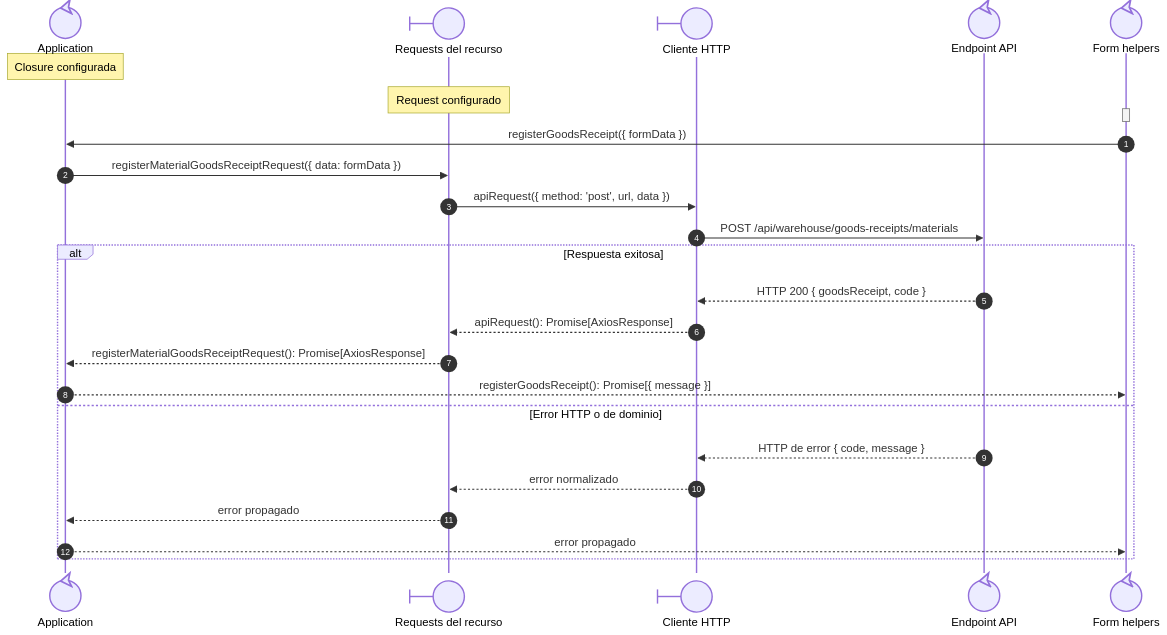
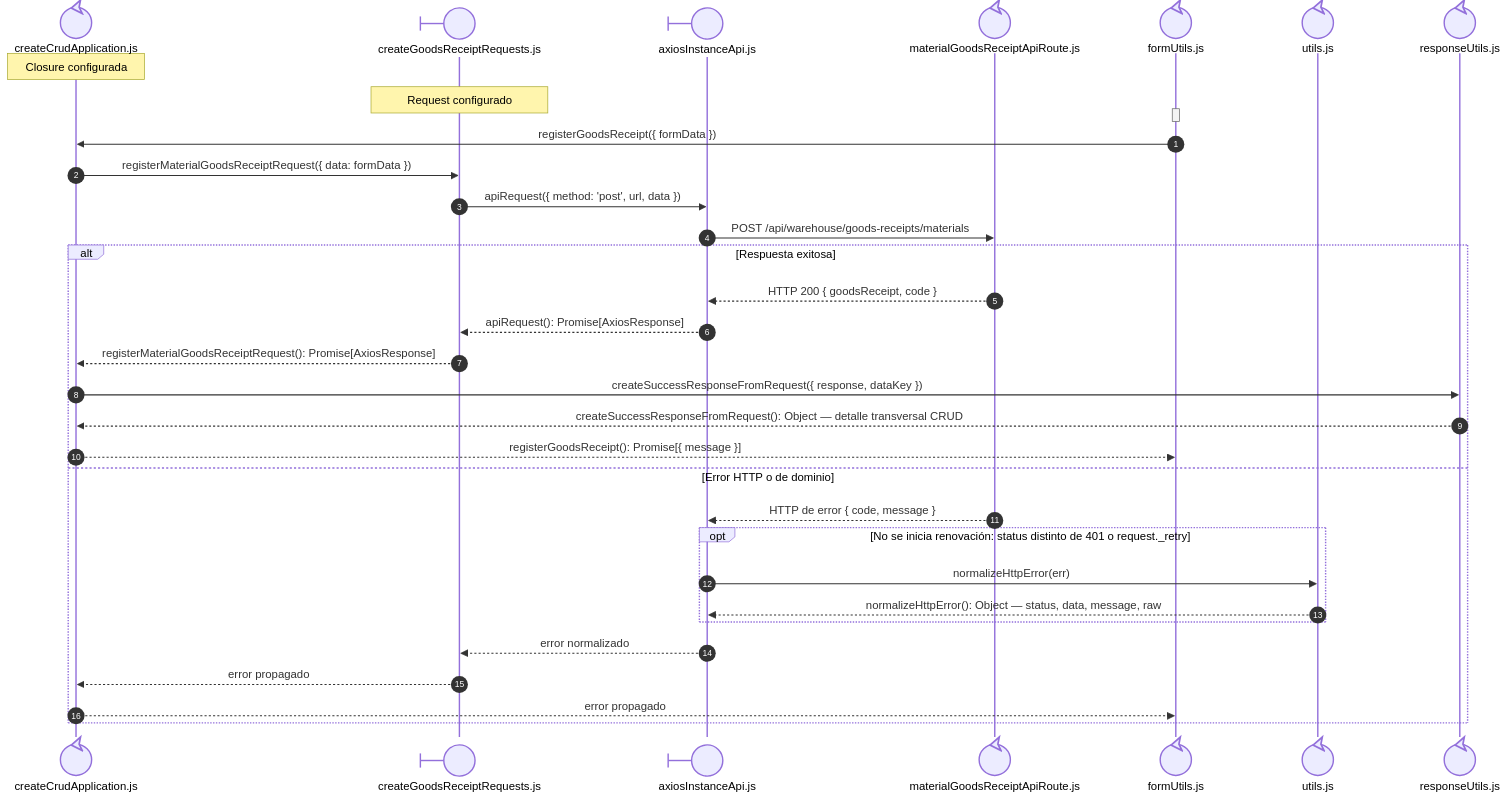
The third of 3 diagrams in docs/architecture/views/processes/frontend-code-sequences/purchases/cu-ent-02.md (gpgsistemas01/nexus), drawn with Mermaid before and after one commit. The commit also changed other lines of this file and 192 other files, not shown here.

Commit message:
docs: make sequence file ownership explicit and align code flows

````diff
--- a/docs/architecture/views/processes/frontend-code-sequences/purchases/cu-ent-02.md
+++ b/docs/architecture/views/processes/frontend-code-sequences/purchases/cu-ent-02.md
@@ -84,29 +183,39 @@
 ```mermaid
 sequenceDiagram
     autonumber
-    participant Application@{ "type": "control" } as Application
-    participant Request@{ "type": "boundary" } as Requests del recurso
-    participant HTTP@{ "type": "boundary" } as Cliente HTTP
-    participant Transport@{ "type": "control" } as Endpoint API
-    participant FormUtils@{ "type": "control" } as Form helpers
+    participant Application@{ "type": "control" } as createCrudApplication.js
+    participant Request@{ "type": "boundary" } as createGoodsReceiptRequests.js
+    participant HTTP@{ "type": "boundary" } as axiosInstanceApi.js
+    participant Transport@{ "type": "control" } as materialGoodsReceiptApiRoute.js
+    participant FormUtils@{ "type": "control" } as formUtils.js
+
+    participant FileUtils@{ "type": "control" } as utils.js
+
+    participant FileResponseUtils@{ "type": "control" } as responseUtils.js
 
     Note over Application: Closure configurada
     Note over Request: Request configurado
     activate FormUtils
     deactivate FormUtils
         FormUtils->>Application: registerGoodsReceipt({ formData })
         Application->>Request: registerMaterialGoodsReceiptRequest({ data: formData })
         Request->>HTTP: apiRequest({ method: 'post', url, data })
         HTTP->>Transport: POST /api/warehouse/goods-receipts/materials
         alt Respuesta exitosa
             Transport-->>HTTP: HTTP 200 { goodsReceipt, code }
             HTTP-->>Request: apiRequest(): Promise[AxiosResponse]
             Request-->>Application: registerMaterialGoodsReceiptRequest(): Promise[AxiosResponse]
+            Application->>FileResponseUtils: createSuccessResponseFromRequest({ response, dataKey })
+            FileResponseUtils-->>Application: createSuccessResponseFromRequest(): Object — detalle transversal CRUD
             Application-->>FormUtils: registerGoodsReceipt(): Promise[{ message }]
         else Error HTTP o de dominio
             Transport-->>HTTP: HTTP de error { code, message }
+            opt No se inicia renovación: status distinto de 401 o request._retry
+                HTTP->>FileUtils: normalizeHttpError(err)
+                FileUtils-->>HTTP: normalizeHttpError(): Object — status, data, message, raw
+            end
             HTTP-->>Request: error normalizado
             Request-->>Application: error propagado
             Application-->>FormUtils: error propagado
     end
 ```
````
